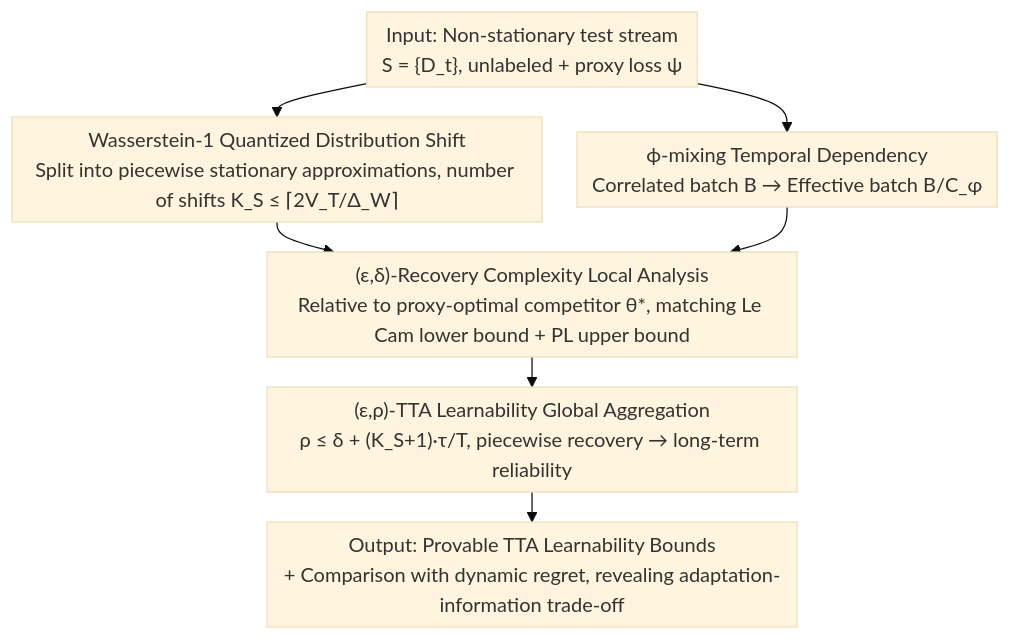
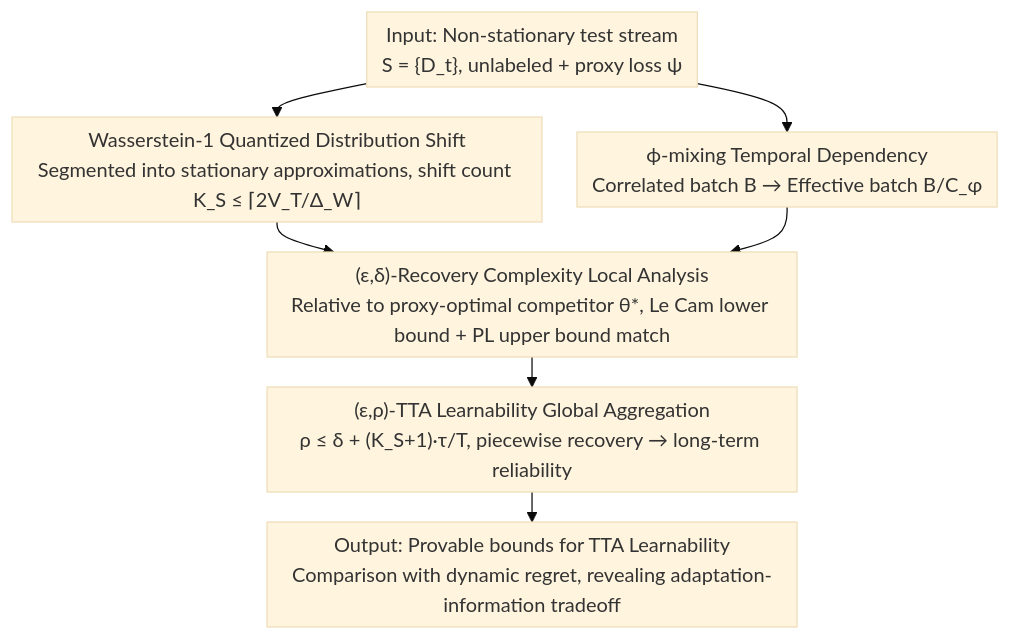
The diagram in docs/ICML2026/learning_theory/on_the_learnability_of_test-time_adaptation_a_recovery_complexity_perspective.md (zhaoyang97/Paper-Notes-en), drawn with Mermaid (base theme) before and after one commit. The commit also changed other lines of this file and 5084 other files, not shown here.

````diff
--- a/docs/ICML2026/learning_theory/on_the_learnability_of_test-time_adaptation_a_recovery_complexity_perspective.md
+++ b/docs/ICML2026/learning_theory/on_the_learnability_of_test-time_adaptation_a_recovery_complexity_perspective.md
@@ -43,11 +43,11 @@
 ```mermaid
 %%{init: {'flowchart': {'rankSpacing': 24, 'nodeSpacing': 28, 'padding': 6, 'wrappingWidth': 400}}}%%
 flowchart TD
     A["Input: Non-stationary test stream<br/>S = {D_t}, unlabeled + proxy loss ψ"]
-    A --> B["Wasserstein-1 Quantized Distribution Shift<br/>Split into piecewise stationary approximations, number of shifts K_S ≤ ⌈2V_T/Δ_W⌉"]
+    A --> B["Wasserstein-1 Quantized Distribution Shift<br/>Segmented into stationary approximations, shift count K_S ≤ ⌈2V_T/Δ_W⌉"]
     A --> C["ϕ-mixing Temporal Dependency<br/>Correlated batch B → Effective batch B/C_φ"]
-    B --> D["(ε,δ)-Recovery Complexity Local Analysis<br/>Relative to proxy-optimal competitor θ*, matching Le Cam lower bound + PL upper bound"]
+    B --> D["(ε,δ)-Recovery Complexity Local Analysis<br/>Relative to proxy-optimal competitor θ*, Le Cam lower bound + PL upper bound match"]
     C --> D
     D --> E["(ε,ρ)-TTA Learnability Global Aggregation<br/>ρ ≤ δ + (K_S+1)·τ/T, piecewise recovery → long-term reliability"]
-    E --> F["Output: Provable TTA Learnability Bounds<br/>+ Comparison with dynamic regret, revealing adaptation-information trade-off"]
+    E --> F["Output: Provable bounds for TTA Learnability<br/>Comparison with dynamic regret, revealing adaptation-information tradeoff"]
 ```
````
